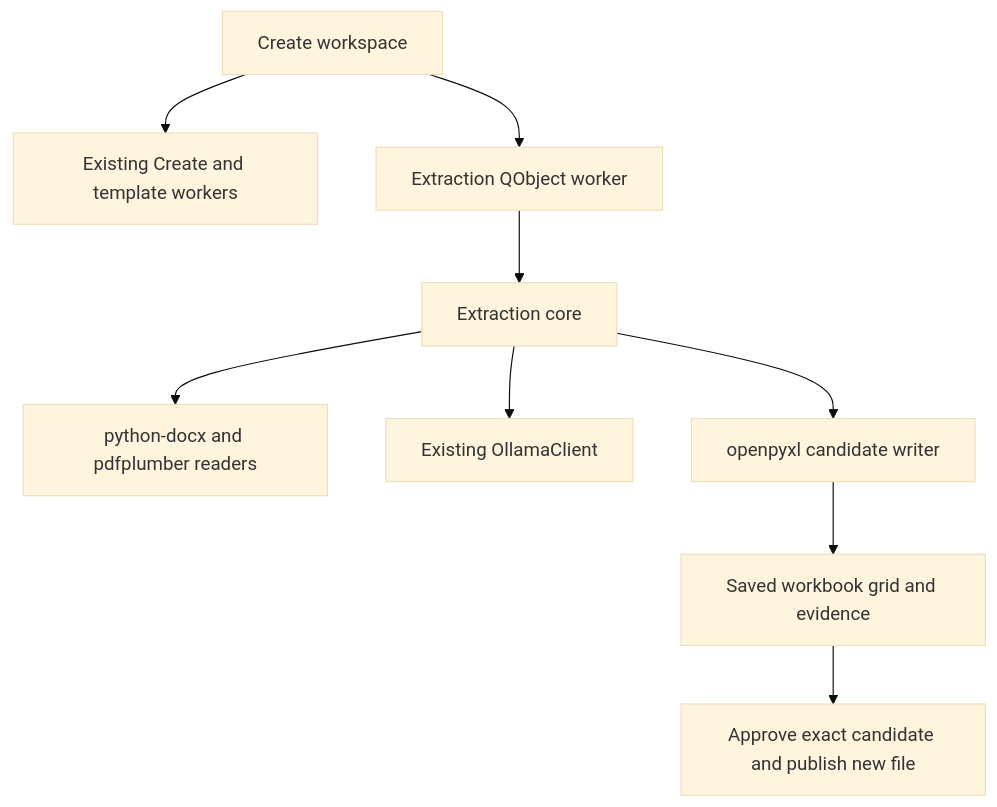
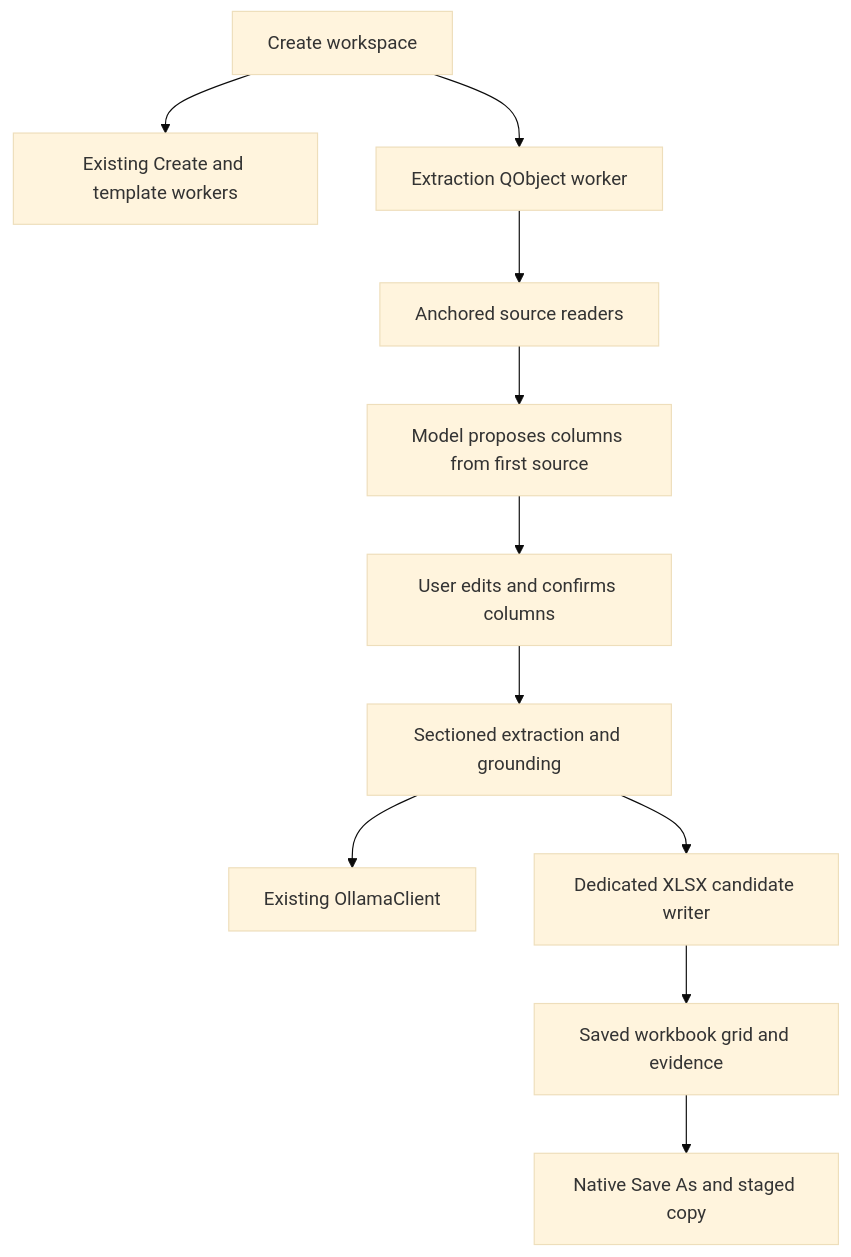
One commit to alexnosx/Simplicitor changed the diagram in docs/superpowers/specs/2026-10-08-document-architecture-design.md. Above: the diagram before and after it, drawn with Mermaid (base theme). The commit also changed other lines of this file and 9 other files, not shown here.

```diff
--- a/docs/superpowers/specs/2026-10-08-document-architecture-design.md
+++ b/docs/superpowers/specs/2026-10-08-document-architecture-design.md
@@ -9,11 +9,13 @@
 ~~~mermaid
 flowchart TD
     UI[Create workspace] --> OLD[Existing Create and template workers]
     UI --> WORKER[Extraction QObject worker]
-    WORKER --> CORE[Extraction core]
-    CORE --> READERS[python-docx and pdfplumber readers]
+    WORKER --> READERS[Anchored source readers]
+    READERS --> PROPOSE[Model proposes columns from first source]
+    PROPOSE --> CONFIRM[User edits and confirms columns]
+    CONFIRM --> CORE[Sectioned extraction and grounding]
     CORE --> MODEL[Existing OllamaClient]
-    CORE --> WRITE[openpyxl candidate writer]
+    CORE --> WRITE[Dedicated XLSX candidate writer]
     WRITE --> GRID[Saved workbook grid and evidence]
-    GRID --> SAVE[Approve exact candidate and publish new file]
+    GRID --> SAVE[Native Save As and staged copy]
 ~~~
```
